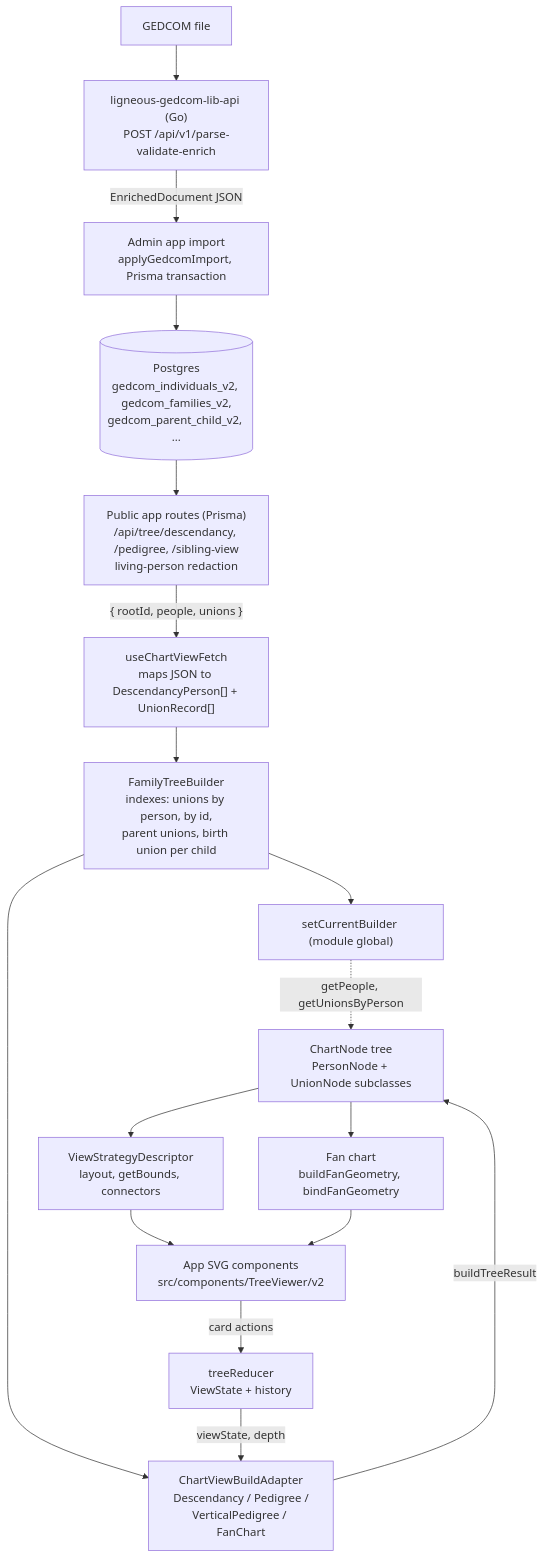
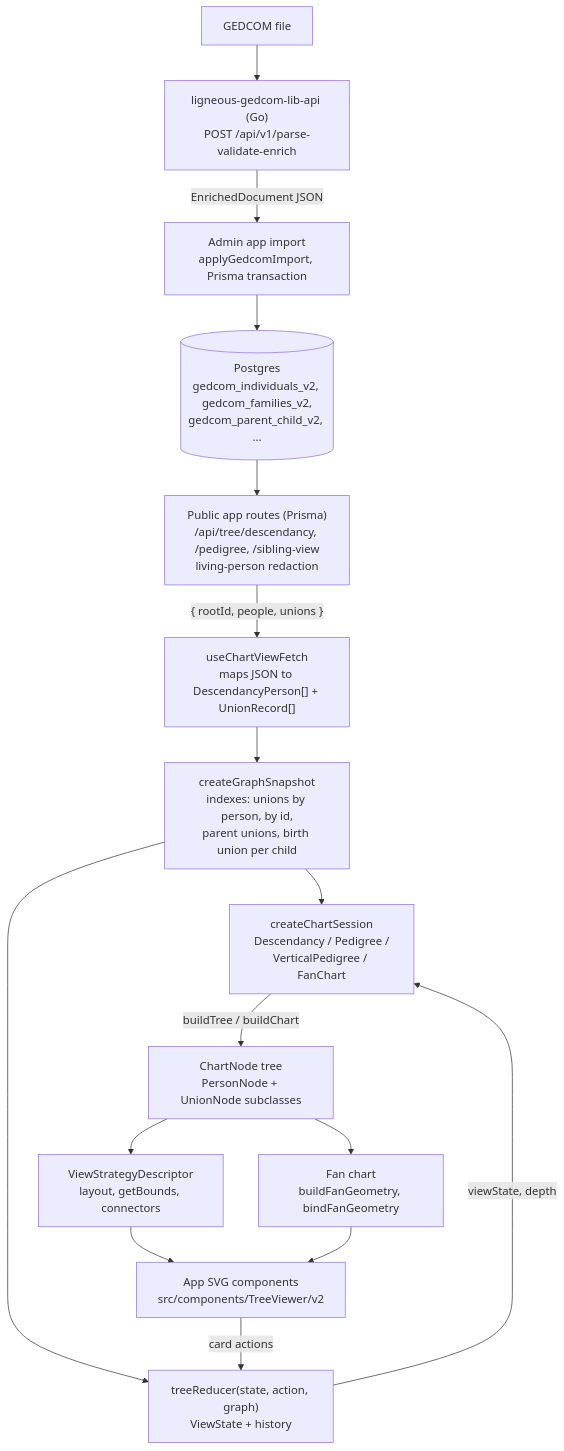
Before and after one commit to lesfleursdelanuitdev/genealogy-visualization-engine: the diagram in docs/ARCHITECTURE.md, drawn with Mermaid. The commit also changed other lines of this file and 54 other files, not shown here.

````diff
--- a/docs/ARCHITECTURE.md
+++ b/docs/ARCHITECTURE.md
@@ -9,19 +9,18 @@
 ```mermaid
 flowchart TD
   ged["GEDCOM file"] --> api["ligneous-gedcom-lib-api (Go)<br/>POST /api/v1/parse-validate-enrich"]
   api -->|"EnrichedDocument JSON"| imp["Admin app import<br/>applyGedcomImport, Prisma transaction"]
   imp --> pg[("Postgres<br/>gedcom_individuals_v2, gedcom_families_v2,<br/>gedcom_parent_child_v2, ...")]
   pg --> routes["Public app routes (Prisma)<br/>/api/tree/descendancy, /pedigree, /sibling-view<br/>living-person redaction"]
   routes -->|"{ rootId, people, unions }"| fetch["useChartViewFetch<br/>maps JSON to DescendancyPerson[] + UnionRecord[]"]
-  fetch --> ftb["FamilyTreeBuilder<br/>indexes: unions by person, by id,<br/>parent unions, birth union per child"]
-  ftb --> glob["setCurrentBuilder (module global)"]
-  ftb --> adapter["ChartViewBuildAdapter<br/>Descendancy / Pedigree /<br/>VerticalPedigree / FanChart"]
-  red["treeReducer<br/>ViewState + history"] -->|"viewState, depth"| adapter
-  adapter -->|"buildTreeResult"| tree["ChartNode tree<br/>PersonNode + UnionNode subclasses"]
-  glob -.->|"getPeople, getUnionsByPerson"| tree
+  fetch --> snap["createGraphSnapshot<br/>indexes: unions by person, by id,<br/>parent unions, birth union per child"]
+  snap --> session["createChartSession<br/>Descendancy / Pedigree /<br/>VerticalPedigree / FanChart"]
+  snap --> red["treeReducer(state, action, graph)<br/>ViewState + history"]
+  red -->|"viewState, depth"| session
+  session -->|"buildTree / buildChart"| tree["ChartNode tree<br/>PersonNode + UnionNode subclasses"]
   tree --> desc["ViewStrategyDescriptor<br/>layout, getBounds, connectors"]
   tree --> fan["Fan chart<br/>buildFanGeometry, bindFanGeometry"]
   desc --> svg["App SVG components<br/>src/components/TreeViewer/v2"]
   fan --> svg
   svg -->|"card actions"| red
 ```
````
